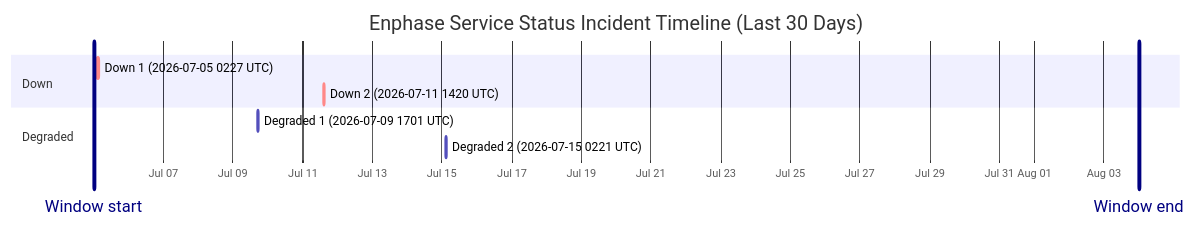
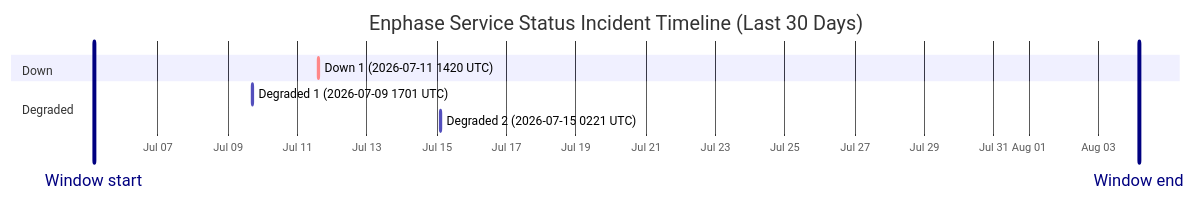
Before and after one commit to barneyonline/ha-enphase-energy: the diagram in wiki/Service-Status-History.md, drawn with Mermaid. The commit also changed other lines of this file and 3 other files, not shown here.

````diff
--- a/wiki/Service-Status-History.md
+++ b/wiki/Service-Status-History.md
@@ -14,14 +14,13 @@
 ```mermaid
 gantt
     title Enphase Service Status Incident Timeline (Last 30 Days)
     dateFormat  YYYY-MM-DDTHH:mm:ss
     axisFormat  %b %d
-    Window start :vert, window-start, 2026-07-05T00:12:08, 0ms
-    Window end :vert, window-end, 2026-08-04T00:12:08, 0ms
+    Window start :vert, window-start, 2026-07-05T03:47:12, 0ms
+    Window end :vert, window-end, 2026-08-04T03:47:12, 0ms
     section Down
-    Down 1 (2026-07-05 0227 UTC) :crit, down-1, 2026-07-05T02:27:32, 109m
-    Down 2 (2026-07-11 1420 UTC) :crit, down-2, 2026-07-11T14:20:54, 69m
+    Down 1 (2026-07-11 1420 UTC) :crit, down-1, 2026-07-11T14:20:54, 69m
     section Degraded
     Degraded 1 (2026-07-09 1701 UTC) :active, degraded-1, 2026-07-09T17:01:02, 60m
     Degraded 2 (2026-07-15 0221 UTC) :active, degraded-2, 2026-07-15T02:21:35, 60m
 ```
````
